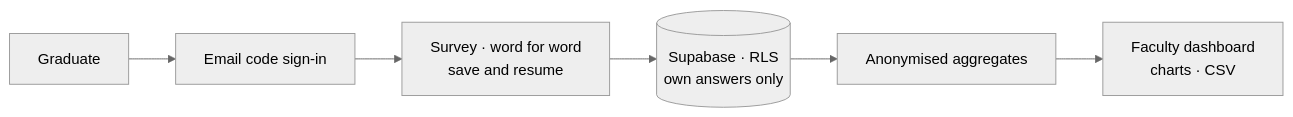
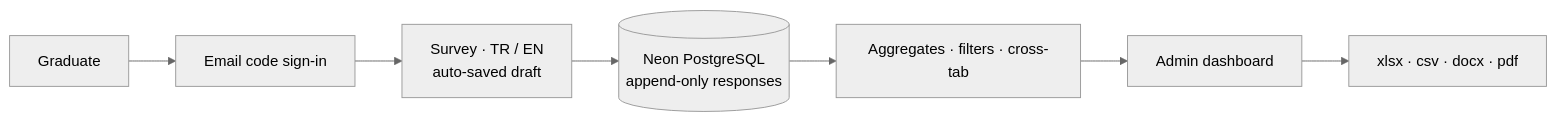
The diagram in README.md (kutluhangil/Mezun-Takip-Sistemi), drawn with Mermaid (neutral theme) before and after one commit. The commit also changed other lines of this file and 11 other files, not shown here.

````diff
--- a/README.md
+++ b/README.md
@@ -42,8 +42,9 @@
 ```mermaid
 flowchart LR
   G[Graduate] --> OTP[Email code sign-in]
-  OTP --> S[Survey · word for word<br/>save and resume]
-  S --> DB[(Supabase · RLS<br/>own answers only)]
-  DB --> AGG[Anonymised aggregates]
-  AGG --> F[Faculty dashboard<br/>charts · CSV]
+  OTP --> S[Survey · TR / EN<br/>auto-saved draft]
+  S --> DB[(Neon PostgreSQL<br/>append-only responses)]
+  DB --> AGG[Aggregates · filters · cross-tab]
+  AGG --> F[Admin dashboard]
+  F --> X[xlsx · csv · docx · pdf]
 ```
````
